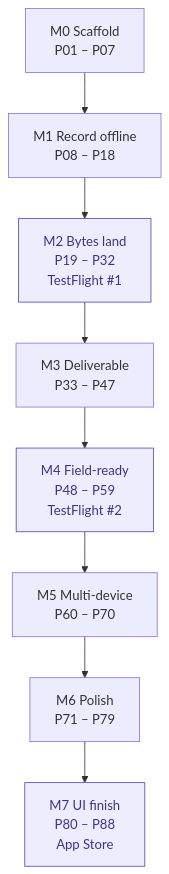
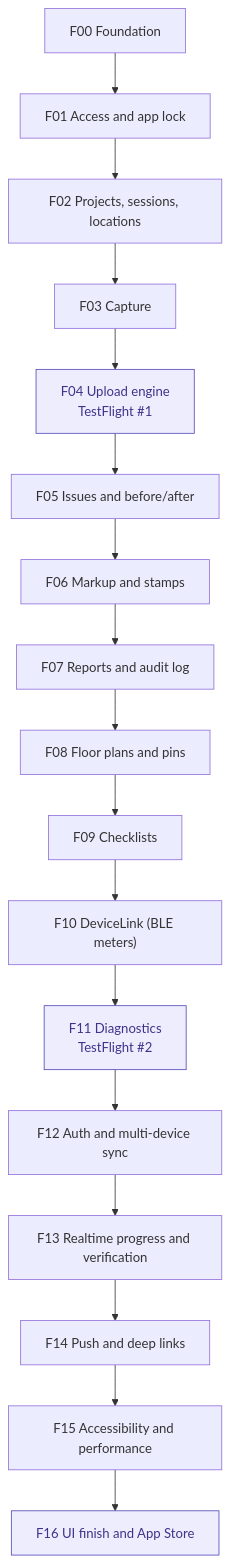
One commit to DAMHONGDUC/site-log-ios changed the second of 2 diagrams in ROADMAP.md. Above: the diagram before and after it, drawn with Mermaid. The commit also changed other lines of this file and 35 other files, not shown here.

````diff
--- a/ROADMAP.md
+++ b/ROADMAP.md
@@ -47,14 +49,23 @@
 ```mermaid
 flowchart TD
-    M0["M0 Scaffold<br/>P01 – P07"]
-    M0 --> M1["M1 Record offline<br/>P08 – P18"]
-    M1 --> M2["M2 Bytes land<br/>P19 – P32<br/>TestFlight #1"]
-    M2 --> M3["M3 Deliverable<br/>P33 – P47"]
-    M3 --> M4["M4 Field-ready<br/>P48 – P59<br/>TestFlight #2"]
-    M4 --> M5["M5 Multi-device<br/>P60 – P70"]
-    M5 --> M6["M6 Polish<br/>P71 – P79"]
-    M6 --> M7["M7 UI finish<br/>P80 – P88<br/>App Store"]
+    F00["F00 Foundation"]
+    F00 --> F01["F01 Access and app lock"]
+    F01 --> F02["F02 Projects, sessions, locations"]
+    F02 --> F03["F03 Capture"]
+    F03 --> F04["F04 Upload engine<br/>TestFlight #1"]
+    F04 --> F05["F05 Issues and before/after"]
+    F05 --> F06["F06 Markup and stamps"]
+    F06 --> F07["F07 Reports and audit log"]
+    F07 --> F08["F08 Floor plans and pins"]
+    F08 --> F09["F09 Checklists"]
+    F09 --> F10["F10 DeviceLink (BLE meters)"]
+    F10 --> F11["F11 Diagnostics<br/>TestFlight #2"]
+    F11 --> F12["F12 Auth and multi-device sync"]
+    F12 --> F13["F13 Realtime progress and verification"]
+    F13 --> F14["F14 Push and deep links"]
+    F14 --> F15["F15 Accessibility and performance"]
+    F15 --> F16["F16 UI finish and App Store"]
 
     classDef ship fill:#EEEDFE,stroke:#534AB7,color:#3C3489
-    class M2,M4,M7 ship
+    class F04,F11,F16 ship
 ```
````
